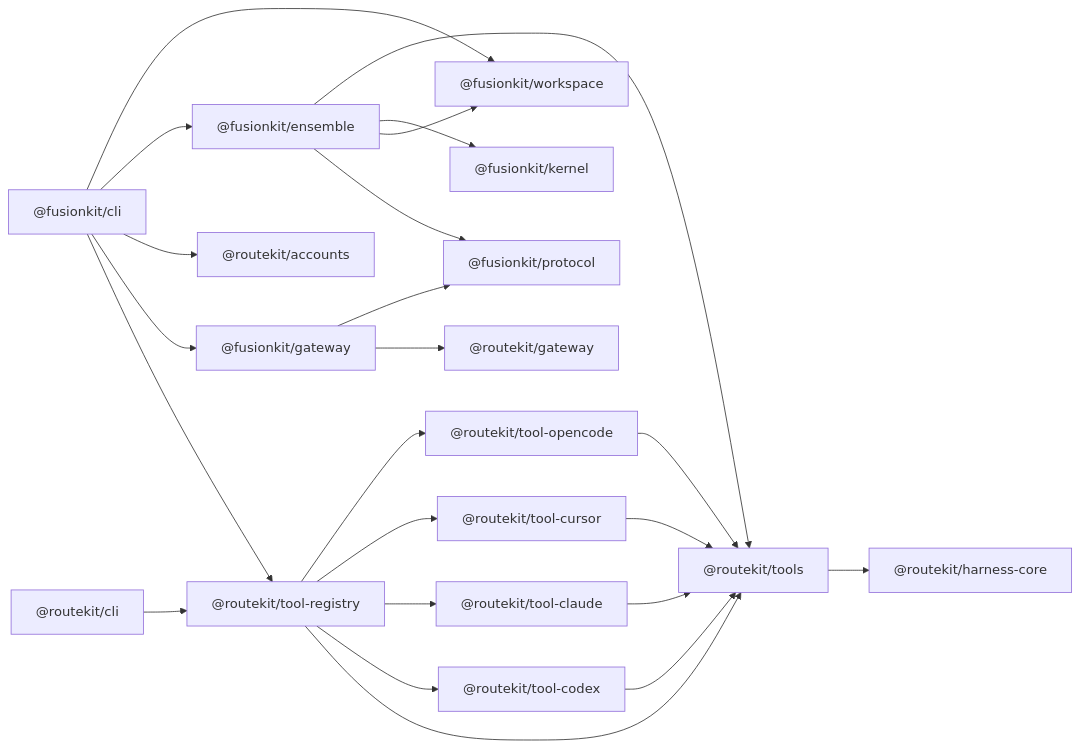
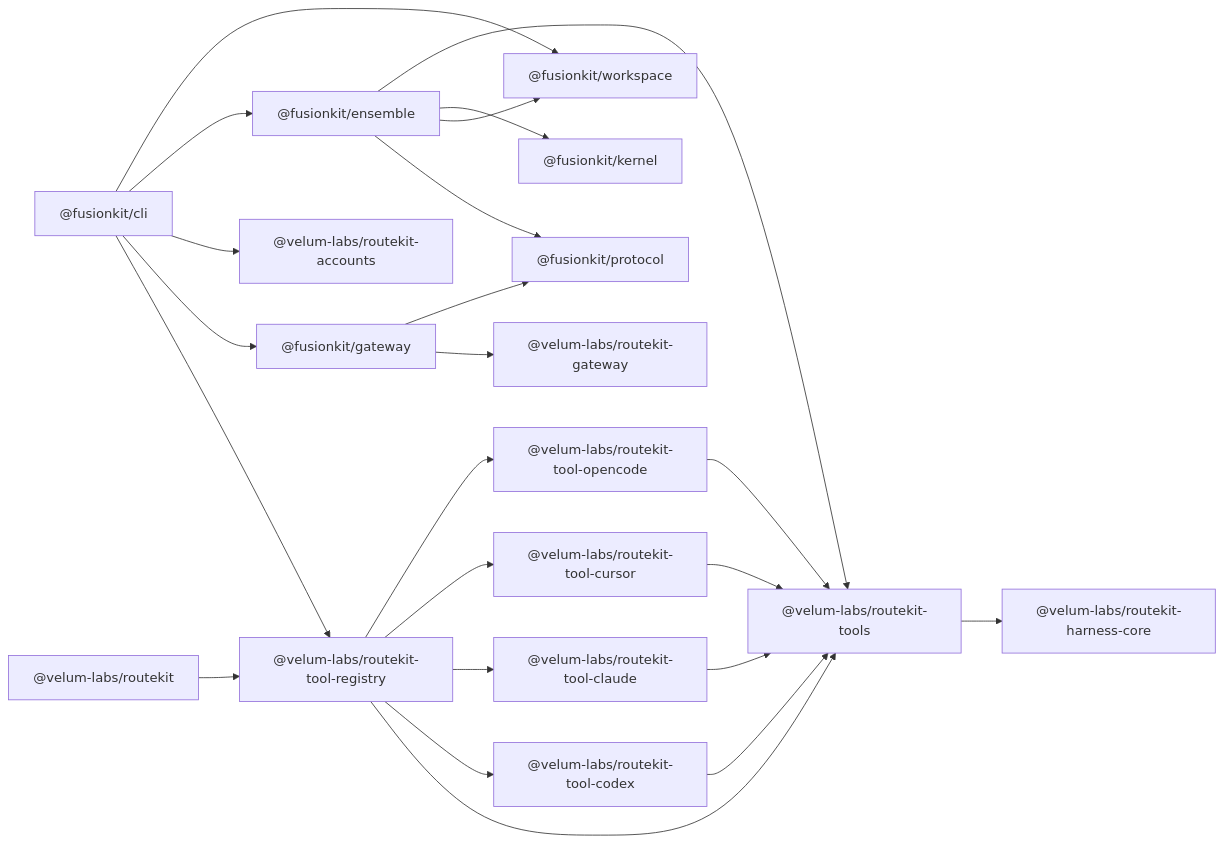
The diagram in docs/typescript-reference.md (velum-labs/handoffkit), drawn with Mermaid before and after one commit. The commit also changed other lines of this file and 358 other files, not shown here.

First line of the commit message:
Publish RouteKit packages under @velum-labs (#181)

````diff
--- a/docs/typescript-reference.md
+++ b/docs/typescript-reference.md
@@ -9,25 +9,25 @@
 ```mermaid
 flowchart LR
-  CLI["@fusionkit/cli"] --> ToolRegistry["@routekit/tool-registry"]
-  RouteCLI["@routekit/cli"] --> ToolRegistry
-  ToolRegistry --> Tools["@routekit/tools"]
+  CLI["@fusionkit/cli"] --> ToolRegistry["@velum-labs/routekit-tool-registry"]
+  RouteCLI["@velum-labs/routekit"] --> ToolRegistry
+  ToolRegistry --> Tools["@velum-labs/routekit-tools"]
   CLI --> FusionGateway["@fusionkit/gateway"]
-  FusionGateway --> Gateway["@routekit/gateway"]
-  CLI --> Accounts["@routekit/accounts"]
+  FusionGateway --> Gateway["@velum-labs/routekit-gateway"]
+  CLI --> Accounts["@velum-labs/routekit-accounts"]
   CLI --> Ensemble["@fusionkit/ensemble"]
   CLI --> Workspace["@fusionkit/workspace"]
   FusionGateway --> Protocol["@fusionkit/protocol"]
   Ensemble --> Protocol
   Ensemble --> Workspace
   Ensemble --> Kernel["@fusionkit/kernel"]
-  ToolRegistry --> Codex["@routekit/tool-codex"]
-  ToolRegistry --> Claude["@routekit/tool-claude"]
-  ToolRegistry --> Cursor["@routekit/tool-cursor"]
-  ToolRegistry --> Opencode["@routekit/tool-opencode"]
+  ToolRegistry --> Codex["@velum-labs/routekit-tool-codex"]
+  ToolRegistry --> Claude["@velum-labs/routekit-tool-claude"]
+  ToolRegistry --> Cursor["@velum-labs/routekit-tool-cursor"]
+  ToolRegistry --> Opencode["@velum-labs/routekit-tool-opencode"]
   Codex --> Tools
   Claude --> Tools
   Cursor --> Tools
   Opencode --> Tools
-  Tools --> HarnessCore["@routekit/harness-core"]
+  Tools --> HarnessCore["@velum-labs/routekit-harness-core"]
   Ensemble --> Tools
 ```
````
